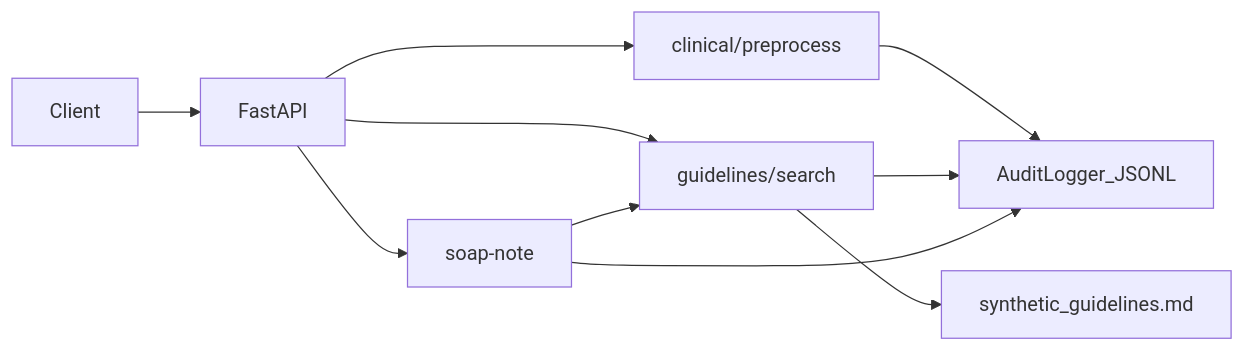
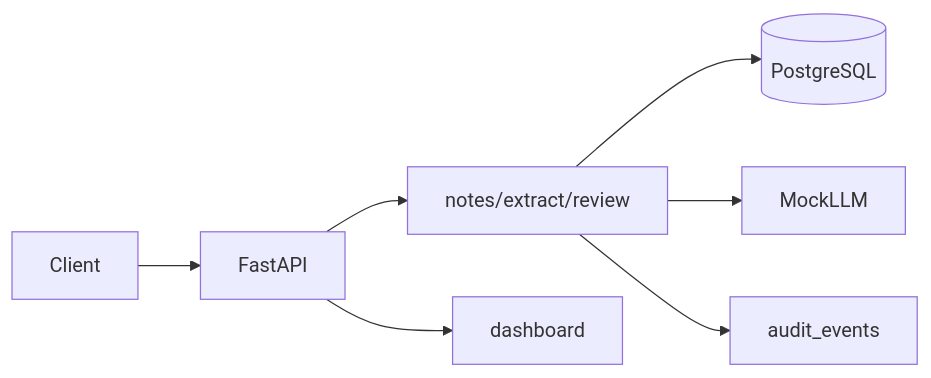
The diagram in README.md (dawit-Tegegnwork/hep-assist-ai-rag-platform), drawn with Mermaid before and after one commit. The commit also changed other lines of this file and 22 other files, not shown here.

````diff
--- a/README.md
+++ b/README.md
@@ -19,12 +23,9 @@
 ```mermaid
 flowchart LR
   Client[Client] --> API[FastAPI]
-  API --> Preprocess[clinical/preprocess]
-  API --> RAG[guidelines/search]
-  API --> SOAP[soap-note]
-  Preprocess --> Audit[AuditLogger_JSONL]
-  RAG --> Guidelines[synthetic_guidelines.md]
-  RAG --> Audit
-  SOAP --> RAG
-  SOAP --> Audit
+  API --> Notes[notes/extract/review]
+  API --> Dash[dashboard]
+  Notes --> DB[(PostgreSQL)]
+  Notes --> LLM[MockLLM]
+  Notes --> Audit[audit_events]
 ```
````
